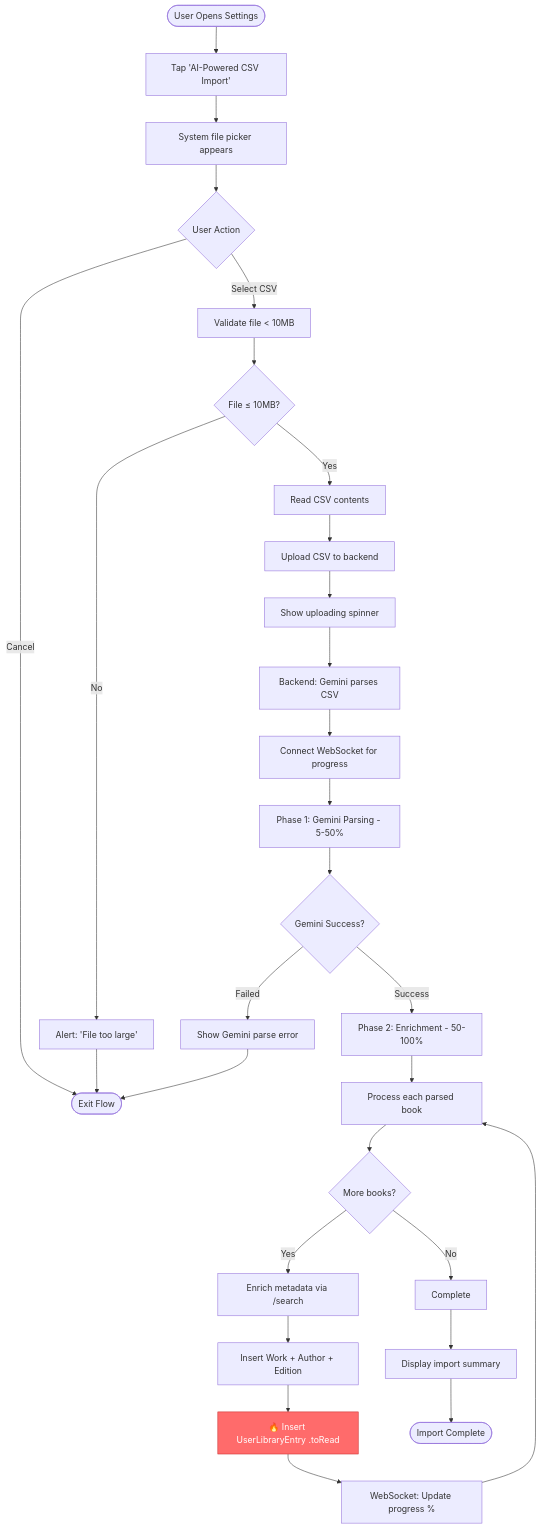
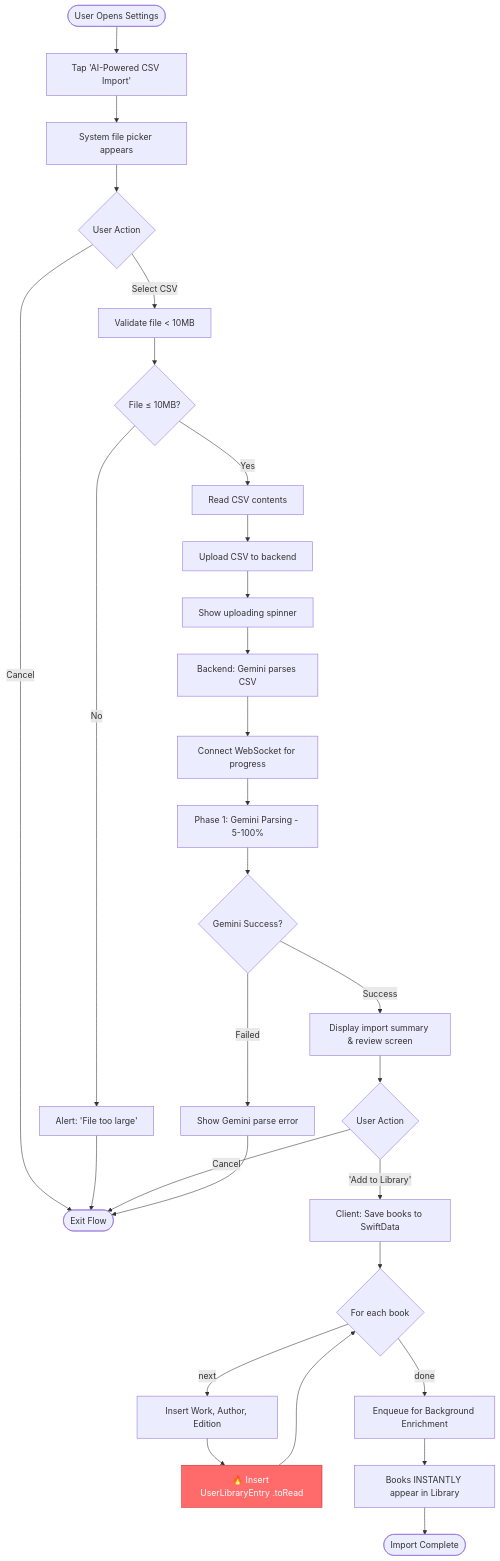
The first of 7 diagrams in docs/workflows/csv-import-workflow.md (jukasdrj/books-v3), drawn with Mermaid before and after one commit. The commit also changed 2 other files, not shown here.

First paragraph of the commit message:
Docs: Update CSV import docs with UserLibraryEntry and unified enrichment pipeline (#262)
Updates GEMINI_CSV_IMPORT.md to document UserLibraryEntry requirement and correctly reflect the unified enrichment pipeline architecture.

````diff
--- a/docs/workflows/csv-import-workflow.md
+++ b/docs/workflows/csv-import-workflow.md
@@ -15,47 +15,46 @@
 ```mermaid
 flowchart TD
     Start([User Opens Settings]) --> TapImport[Tap 'AI-Powered CSV Import']
 
     TapImport --> ShowPicker[System file picker appears]
 
     ShowPicker --> UserSelect{User Action}
     UserSelect -->|Select CSV| ValidateFile[Validate file < 10MB]
     UserSelect -->|Cancel| End([Exit Flow])
 
     ValidateFile --> SizeCheck{File ≤ 10MB?}
     SizeCheck -->|No| ShowError[Alert: 'File too large']
     SizeCheck -->|Yes| ReadFile[Read CSV contents]
 
     ShowError --> End
 
     ReadFile --> UploadStart[Upload CSV to backend]
     UploadStart --> ShowUploading[Show uploading spinner]
 
     ShowUploading --> BackendParse[Backend: Gemini parses CSV]
 
     BackendParse --> ConnectWS[Connect WebSocket for progress]
 
-    ConnectWS --> ParsePhase[Phase 1: Gemini Parsing - 5-50%]
+    ConnectWS --> ParsePhase[Phase 1: Gemini Parsing - 5-100%]
     ParsePhase --> ParseComplete{Gemini Success?}
 
-    ParseComplete -->|Success| EnrichPhase[Phase 2: Enrichment - 50-100%]
+    ParseComplete -->|Success| ShowSummary[Display import summary & review screen]
     ParseComplete -->|Failed| ShowError2[Show Gemini parse error]
 
-    EnrichPhase --> ProcessBooks[Process each parsed book]
+    ShowSummary --> UserDecides{User Action}
+    UserDecides -->|'Add to Library'| SaveBooks[Client: Save books to SwiftData]
+    UserDecides -->|Cancel| End
 
-    ProcessBooks --> NextBook{More books?}
-    NextBook -->|Yes| EnrichBook[Enrich metadata via /search]
-    NextBook -->|No| Complete
+    SaveBooks --> InsertLoop{For each book}
+    InsertLoop -->|next| InsertWork[Insert Work, Author, Edition]
+    InsertWork --> InsertULE[🔥 Insert UserLibraryEntry .toRead]
+    InsertULE --> InsertLoop
+    InsertLoop -->|done| EnqueueBatch[Enqueue for Background Enrichment]
 
-    EnrichBook --> InsertWork[Insert Work + Author + Edition]
-    InsertWork --> InsertLibraryEntry[🔥 Insert UserLibraryEntry .toRead]
-    InsertLibraryEntry --> UpdateProgress[WebSocket: Update progress %]
-    UpdateProgress --> ProcessBooks
-    
-    style InsertLibraryEntry fill:#ff6b6b,stroke:#c92a2a,color:#fff
+    style InsertULE fill:#ff6b6b,stroke:#c92a2a,color:#fff
 
-    Complete --> ShowSummary[Display import summary]
-    ShowSummary --> End2([Import Complete])
+    EnqueueBatch --> BooksAppear[Books INSTANTLY appear in Library]
+    BooksAppear --> End2([Import Complete])
 
     ShowError2 --> End
 ```
````
